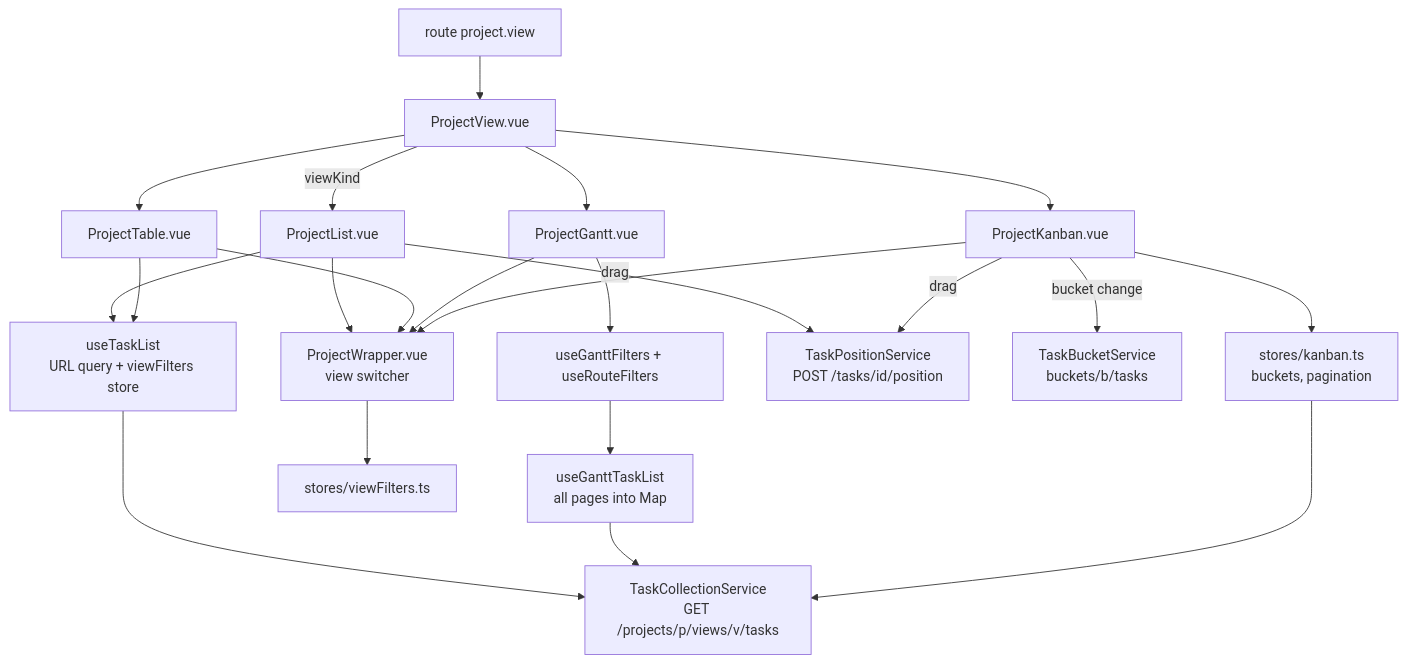
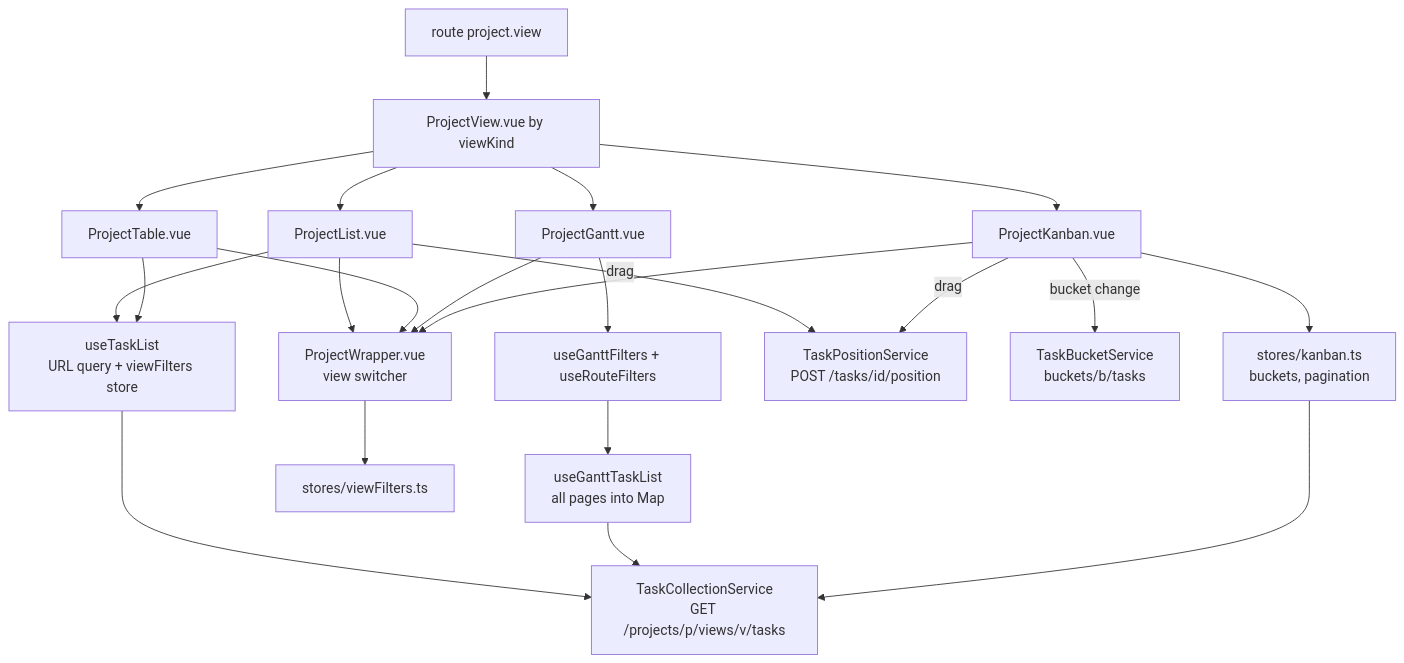
Before and after one commit to talbama/vikunja-port: the diagram in .agents/wiki/components/frontend/project-views.md, drawn with Mermaid. The commit also changed other lines of this file and 57 other files, not shown here.

````diff
--- a/.agents/wiki/components/frontend/project-views.md
+++ b/.agents/wiki/components/frontend/project-views.md
@@ -85,19 +85,12 @@
 ```mermaid
 flowchart TD
-    R[route project.view] --> PV[ProjectView.vue]
-    PV -->|viewKind| L[ProjectList.vue]
-    PV --> T[ProjectTable.vue]
-    PV --> G[ProjectGantt.vue]
-    PV --> K[ProjectKanban.vue]
+    R[route project.view] --> PV[ProjectView.vue by viewKind]
+    PV --> L[ProjectList.vue] & T[ProjectTable.vue] & G[ProjectGantt.vue] & K[ProjectKanban.vue]
     L & T --> UTL[useTaskList\nURL query + viewFilters store]
-    UTL --> TCS[TaskCollectionService\nGET /projects/p/views/v/tasks]
-    G --> UGF[useGanttFilters + useRouteFilters]
-    UGF --> UGTL[useGanttTaskList\nall pages into Map]
-    UGTL --> TCS
+    G --> UGF[useGanttFilters + useRouteFilters] --> UGTL[useGanttTaskList\nall pages into Map]
     K --> KS[stores/kanban.ts\nbuckets, pagination]
-    KS --> TCS
+    UTL & UGTL & KS --> TCS[TaskCollectionService\nGET /projects/p/views/v/tasks]
     L & K -->|drag| POS[TaskPositionService\nPOST /tasks/id/position]
     K -->|bucket change| TB[TaskBucketService\nbuckets/b/tasks]
-    L & T & G & K --> PW[ProjectWrapper.vue\nview switcher]
-    PW --> VF[stores/viewFilters.ts]
+    L & T & G & K --> PW[ProjectWrapper.vue\nview switcher] --> VF[stores/viewFilters.ts]
 ```
````
